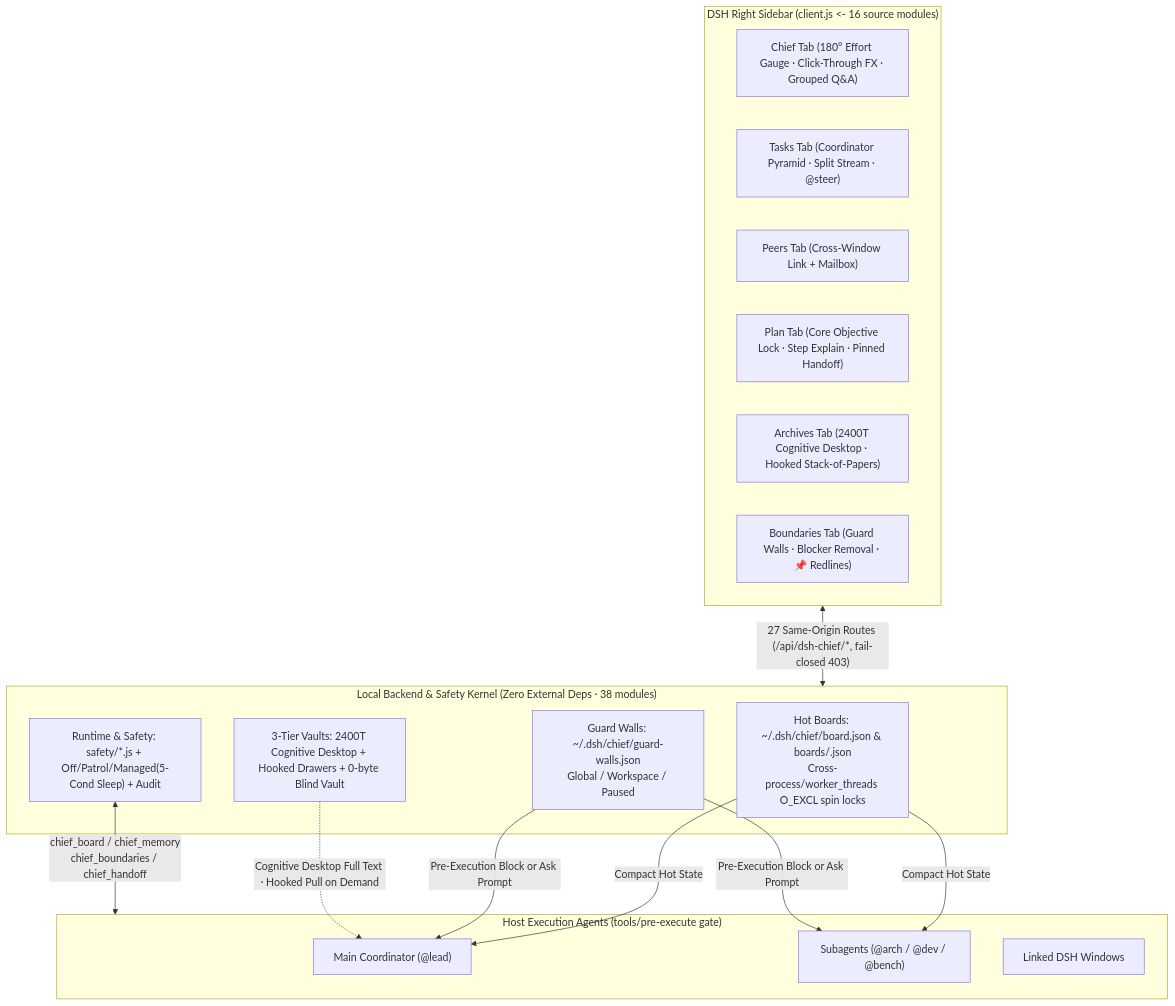
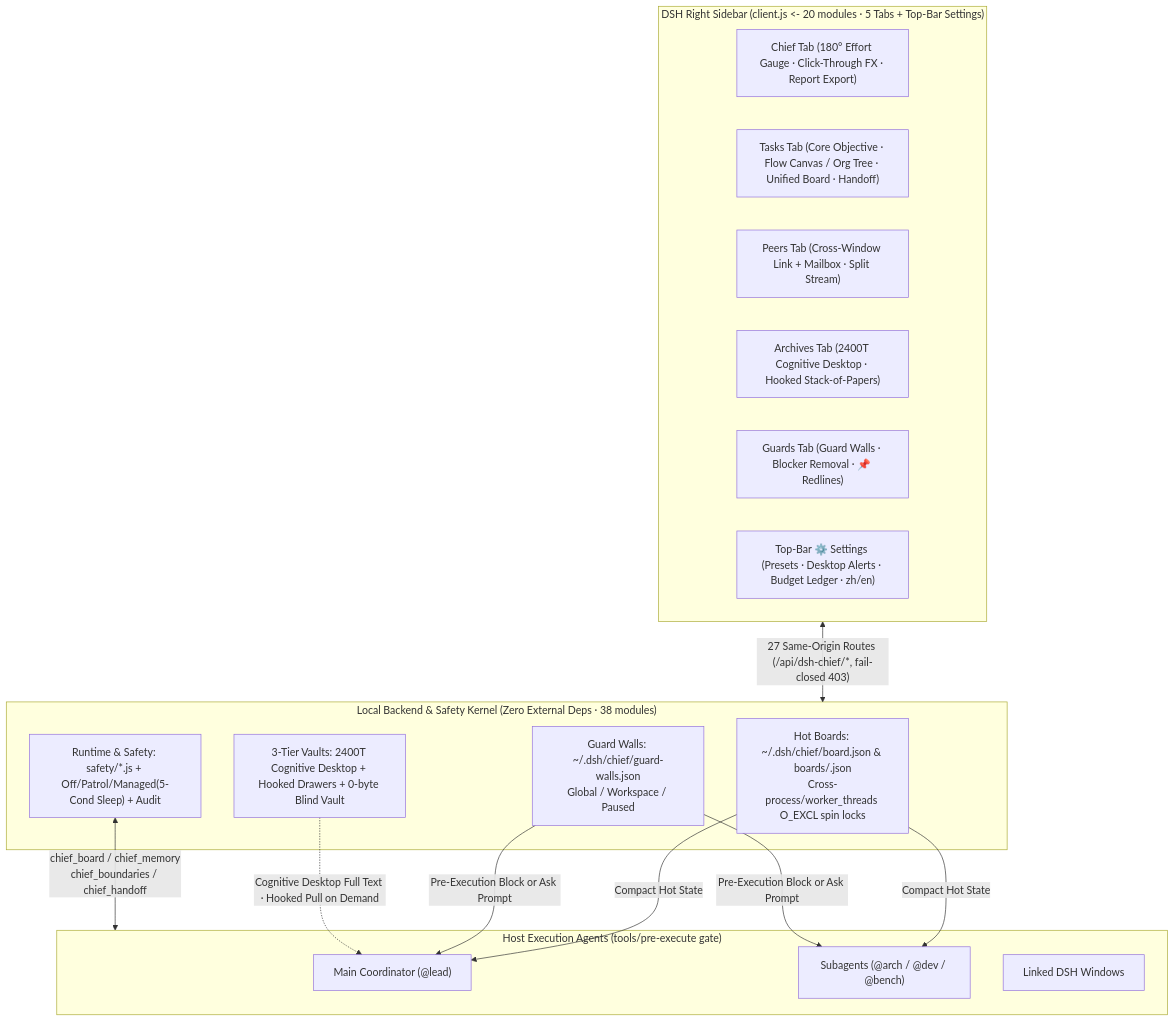
One commit to gluztm/dsh-chief changed the diagram in README.en.md. Above: the diagram before and after it, drawn with Mermaid. The commit also changed other lines of this file and 55 other files, not shown here.

````diff
--- a/README.en.md
+++ b/README.en.md
@@ -173,32 +173,32 @@
 ```mermaid
 flowchart TB
-  subgraph UI["DSH Right Sidebar (client.js <- 16 source modules)"]
-    T1["Chief Tab (180° Effort Gauge · Click-Through FX · Grouped Q&A)"]
-    T2["Tasks Tab (Coordinator Pyramid · Split Stream · @steer)"]
-    T3["Peers Tab (Cross-Window Link + Mailbox)"]
-    T4["Plan Tab (Core Objective Lock · Step Explain · Pinned Handoff)"]
+  subgraph UI["DSH Right Sidebar (client.js <- 20 modules · 5 Tabs + Top-Bar Settings)"]
+    T1["Chief Tab (180° Effort Gauge · Click-Through FX · Report Export)"]
+    T2["Tasks Tab (Core Objective · Flow Canvas / Org Tree · Unified Board · Handoff)"]
+    T3["Peers Tab (Cross-Window Link + Mailbox · Split Stream)"]
     T5["Archives Tab (2400T Cognitive Desktop · Hooked Stack-of-Papers)"]
-    T6["Boundaries Tab (Guard Walls · Blocker Removal · 📌 Redlines)"]
+    T6["Guards Tab (Guard Walls · Blocker Removal · 📌 Redlines)"]
+    T7["Top-Bar ⚙️ Settings (Presets · Desktop Alerts · Budget Ledger · zh/en)"]
   end
 
   subgraph Core["Local Backend & Safety Kernel (Zero External Deps · 38 modules)"]
     Hot["Hot Boards: ~/.dsh/chief/board.json & boards/<sid>.json\nCross-process/worker_threads O_EXCL spin locks"]
     Walls["Guard Walls: ~/.dsh/chief/guard-walls.json\nGlobal / Workspace / Paused"]
     Cold["3-Tier Vaults: 2400T Cognitive Desktop + Hooked Drawers + 0-byte Blind Vault"]
     Bus["Runtime & Safety: safety/*.js + Off/Patrol/Managed(5-Cond Sleep) + Audit"]
   end
 
   subgraph Agents["Host Execution Agents (tools/pre-execute gate)"]
     Lead["Main Coordinator (@lead)"]
     Subs["Subagents (@arch / @dev / @bench)"]
     Peers["Linked DSH Windows"]
   end
 
   UI <-->|"27 Same-Origin Routes (/api/dsh-chief/*, fail-closed 403)"| Core
   Hot -->|"Compact Hot State"| Lead
   Hot -->|"Compact Hot State"| Subs
   Walls -->|"Pre-Execution Block or Ask Prompt"| Lead
   Walls -->|"Pre-Execution Block or Ask Prompt"| Subs
   Cold -.->|"Cognitive Desktop Full Text · Hooked Pull on Demand"| Lead
   Bus <-->|"chief_board / chief_memory\nchief_boundaries / chief_handoff"| Agents
 ```
````
